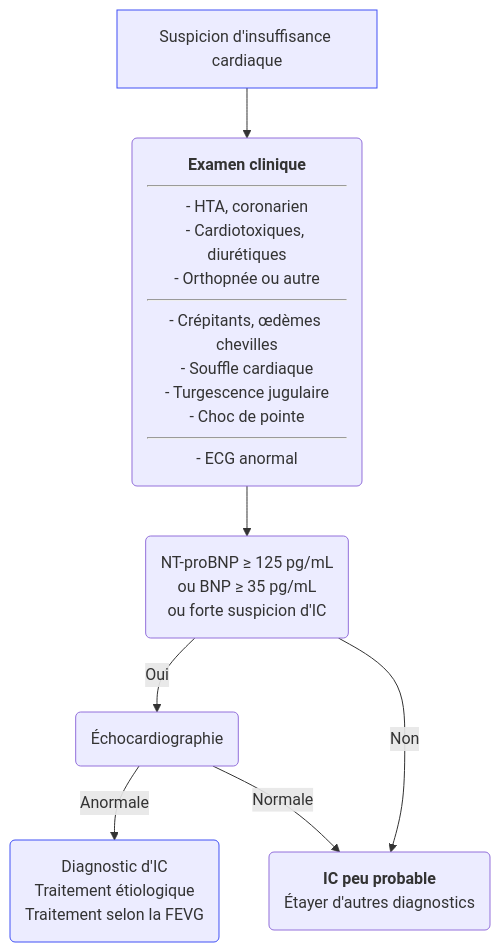
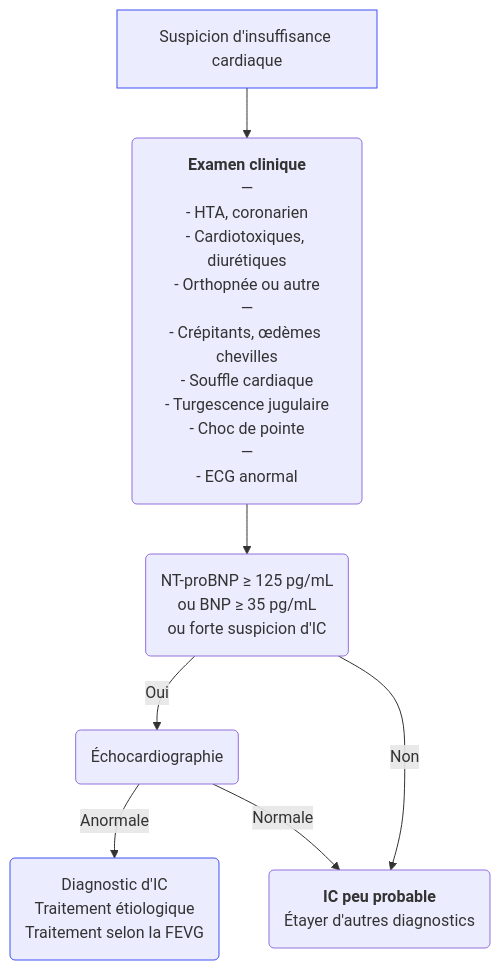
One commit to djibe/recommandations-medicales changed the first of 2 diagrams in content/recommandations/insuffisance-cardiaque-chronique.md. Above: the diagram before and after it, drawn with Mermaid. The commit also changed other lines of this file and 51 other files, not shown here.

```diff
--- a/content/recommandations/insuffisance-cardiaque-chronique.md
+++ b/content/recommandations/insuffisance-cardiaque-chronique.md
@@ -444,12 +444,12 @@
 {{< mermaid title="Prise en charge pour le diagnostic et le bilan initial de l'insuffisance cardiaque chronique par le médecin généraliste. Dr JB Fron d'après ESC 2021" >}}
 graph TB
 suspicion[Suspicion d'insuffisance cardiaque]
 style suspicion stroke:#4150f5, stroke-width:1px
-  suspicion --> clinique("<b>Examen clinique</b><hr>- HTA, coronarien<br>- Cardiotoxiques, diurétiques<br>- Orthopnée ou autre<hr>- Crépitants, œdèmes chevilles<br>- Souffle cardiaque<br>- Turgescence jugulaire<br>- Choc de pointe<hr>- ECG anormal")
+  suspicion --> clinique("<b>Examen clinique</b><br>—<br>- HTA, coronarien<br>- Cardiotoxiques, diurétiques<br>- Orthopnée ou autre<br>—<br>- Crépitants, œdèmes chevilles<br>- Souffle cardiaque<br>- Turgescence jugulaire<br>- Choc de pointe<br>—<br>- ECG anormal")
     clinique --> BNP("NT-proBNP ≥ 125 pg/mL<br>ou BNP ≥ 35 pg/mL<br>ou forte suspicion d'IC")
       BNP -- Oui --> ETT(Échocardiographie)
         ETT -- Anormale --> diagnostic("Diagnostic d'IC<br>Traitement étiologique<br>Traitement selon la FEVG")
         style diagnostic stroke:#4150f5, stroke-width:1px
         ETT -- Normale --> differentiel("<b>IC peu probable</b><br>Étayer d'autres diagnostics")
       BNP -- Non --> differentiel
 {{< /mermaid >}}
```
